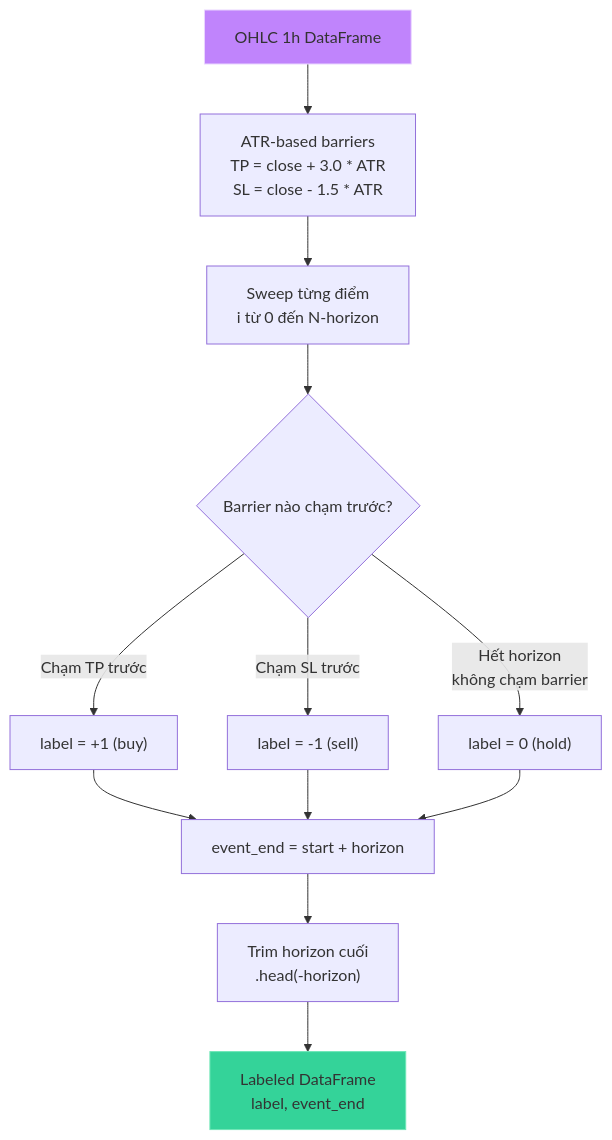
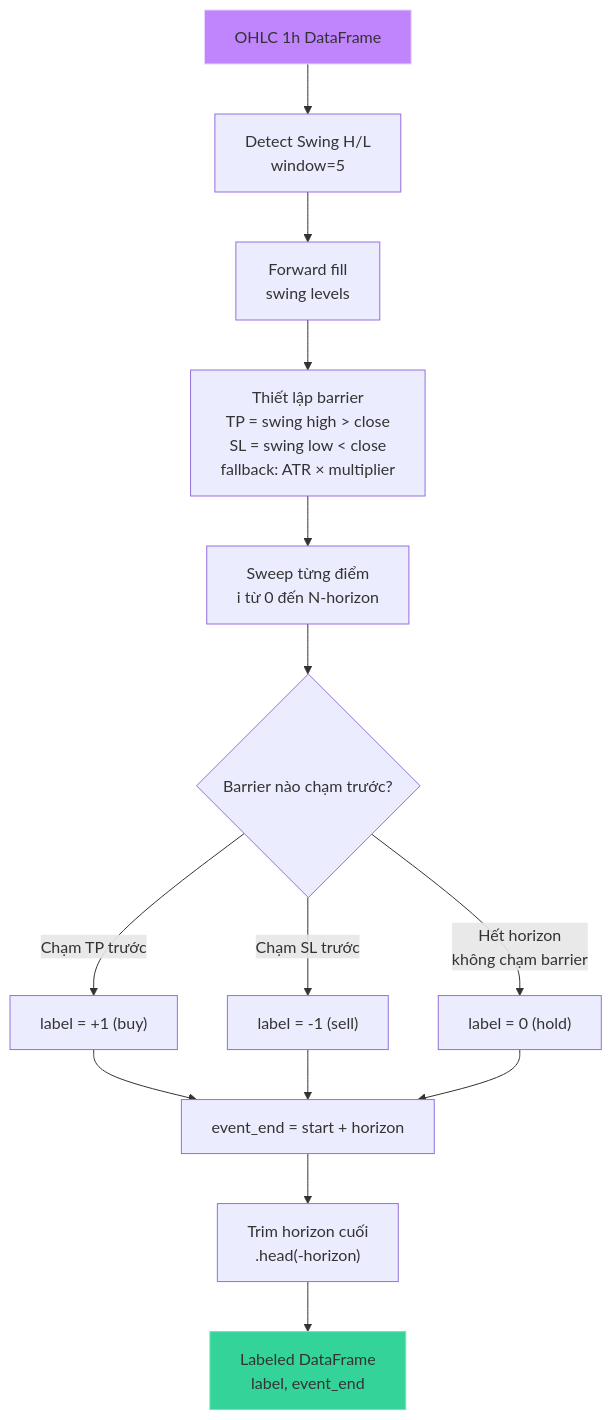
One commit to ultimateBroK/thesis-compact changed the first of 2 diagrams in docs/labeling.md. Above: the diagram before and after it, drawn with Mermaid. The commit also changed other lines of this file and 14 other files, not shown here.

````diff
--- a/docs/labeling.md
+++ b/docs/labeling.md
@@ -11,17 +11,19 @@
 ```mermaid
 flowchart TD
-    A["OHLC 1h DataFrame"] --> B["ATR-based barriers<br/>TP = close + 3.0 * ATR<br/>SL = close - 1.5 * ATR"]
-    B --> C["Sweep từng điểm<br/>i từ 0 đến N-horizon"]
-    C --> D{"Barrier nào chạm trước?"}
-    D -->|"Chạm TP trước"| E["label = +1 (buy)"]
-    D -->|"Chạm SL trước"| F["label = -1 (sell)"]
-    D -->|"Hết horizon<br/>không chạm barrier"| G["label = 0 (hold)"]
-    E --> H["Lưu event_end<br/>= thời điểm chạm barrier"]
-    F --> H
-    G --> H["event_end = start + horizon"]
-    H --> I["Trim horizon cuối<br/>.head(-horizon)"]
-    I --> J["Labeled DataFrame<br/>label, event_end"]
+    A["OHLC 1h DataFrame"] --> B["Detect Swing H/L<br/>window=5"]
+    B --> C["Forward fill<br/>swing levels"]
+    C --> D["Thiết lập barrier<br/>TP = swing high > close<br/>SL = swing low < close<br/>fallback: ATR × multiplier"]
+    D --> E["Sweep từng điểm<br/>i từ 0 đến N-horizon"]
+    E --> F{"Barrier nào chạm trước?"}
+    F -->|"Chạm TP trước"| G["label = +1 (buy)"]
+    F -->|"Chạm SL trước"| H["label = -1 (sell)"]
+    F -->|"Hết horizon<br/>không chạm barrier"| I["label = 0 (hold)"]
+    G --> J["Lưu event_end<br/>= thời điểm chạm barrier"]
+    H --> J
+    I --> J["event_end = start + horizon"]
+    J --> K["Trim horizon cuối<br/>.head(-horizon)"]
+    K --> L["Labeled DataFrame<br/>label, event_end"]
 
     style A fill:#c084fc,stroke:#e9d5ff
-    style J fill:#34d399,stroke:#6ee7b7
+    style L fill:#34d399,stroke:#6ee7b7
 ```
````
